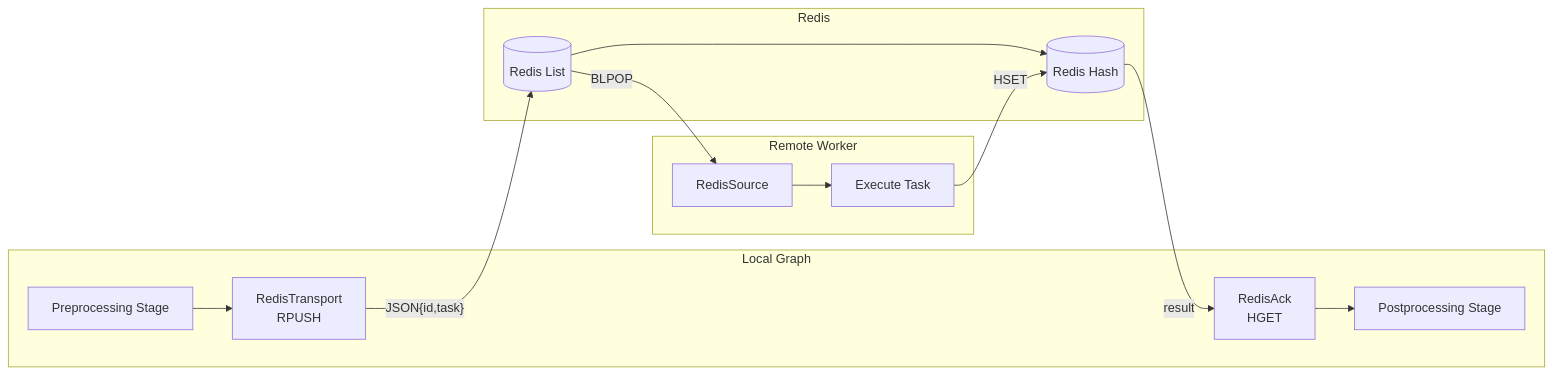
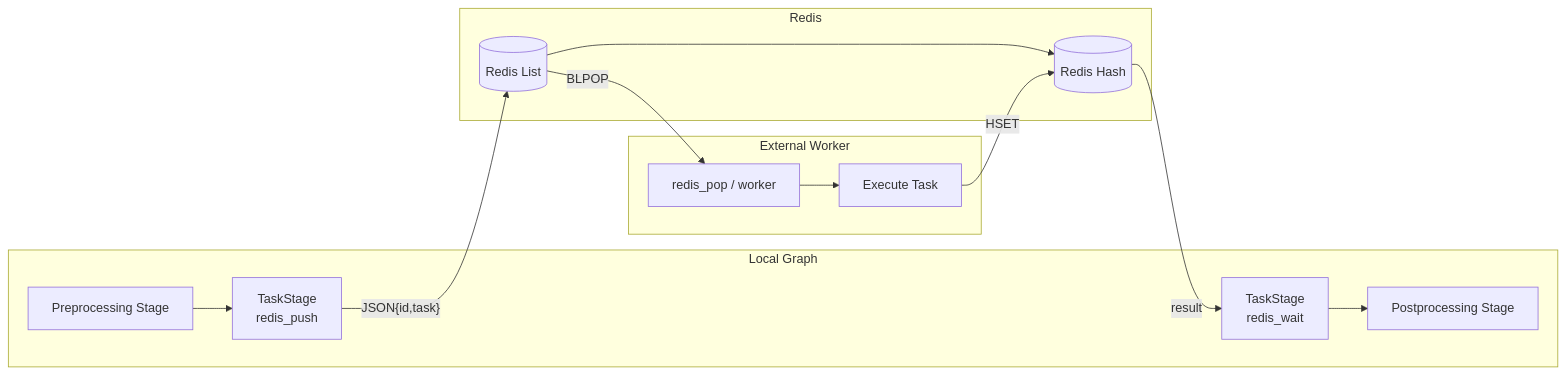
The ninth of 9 diagrams in docs/en/presentation.md (Mr-xiaotian/CelestialFlow), drawn with Mermaid before and after one commit. The commit also changed other lines of this file and 168 other files, not shown here.

````diff
--- a/docs/en/presentation.md
+++ b/docs/en/presentation.md
@@ -596,19 +596,19 @@
 ```mermaid
 graph LR
     subgraph Local Graph
-        A[Preprocessing Stage] --> B[RedisTransport<br/>RPUSH]
-        E[RedisAck<br/>HGET] --> F[Postprocessing Stage]
+        A[Preprocessing Stage] --> B[TaskStage<br/>redis_push]
+        E[TaskStage<br/>redis_wait] --> F[Postprocessing Stage]
     end
 
     subgraph Redis
         B -->|"JSON{id,task}"| C[(Redis List)]
         C --> D[(Redis Hash)]
         D -->|"result"| E
     end
 
-    subgraph Remote Worker
-        C -->|BLPOP| G[RedisSource]
+    subgraph External Worker
+        C -->|BLPOP| G[redis_pop / worker]
         G --> H[Execute Task]
         H -->|HSET| D
     end
 ```
````
